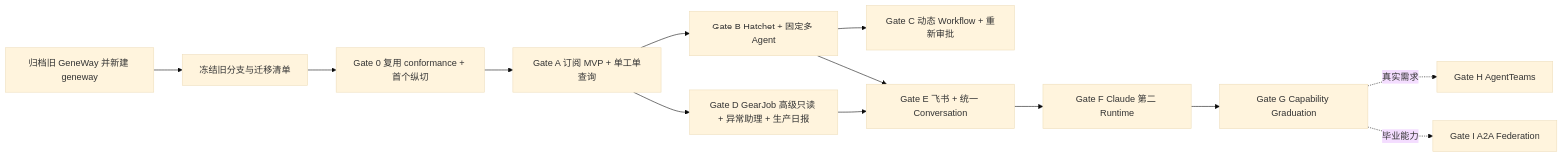
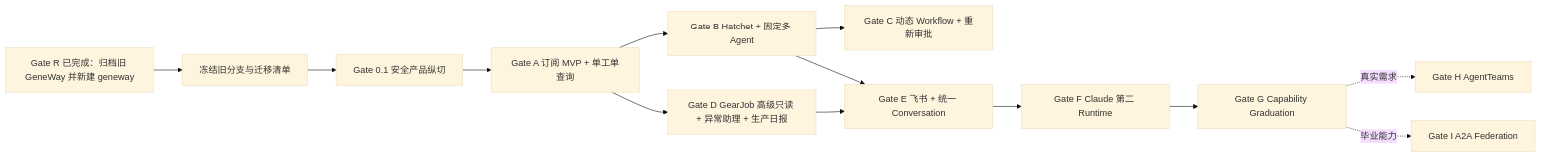
The fourth of 4 diagrams in doc/plans/2026-07-18-geneway-v19-technical-appendix.md (taotaosihao/geneway), drawn with Mermaid (base theme) before and after one commit. The commit also changed other lines of this file and 20 other files, not shown here.

````diff
--- a/doc/plans/2026-07-18-geneway-v19-technical-appendix.md
+++ b/doc/plans/2026-07-18-geneway-v19-technical-appendix.md
@@ -2052,15 +2070,15 @@
 ```mermaid
 flowchart LR
-  A0["归档旧 GeneWay 并新建 geneway"] --> F0["冻结旧分支与迁移清单"]
-  F0 --> G0["Gate 0 复用 conformance + 首个纵切"]
+  A0["Gate R 已完成：归档旧 GeneWay 并新建 geneway"] --> F0["冻结旧分支与迁移清单"]
+  F0 --> G0["Gate 0.1 安全产品纵切"]
   G0 --> GA["Gate A 订阅 MVP + 单工单查询"]
   GA --> GB["Gate B Hatchet + 固定多 Agent"]
   GB --> GC["Gate C 动态 Workflow + 重新审批"]
   GA --> GD["Gate D GearJob 高级只读 + 异常助理 + 生产日报"]
   GB --> GE["Gate E 飞书 + 统一 Conversation"]
   GD --> GE
   GE --> GF["Gate F Claude 第二 Runtime"]
   GF --> GG["Gate G Capability Graduation"]
   GG -.真实需求.-> GH["Gate H AgentTeams"]
   GG -.毕业能力.-> GI["Gate I A2A Federation"]
 ```
````
